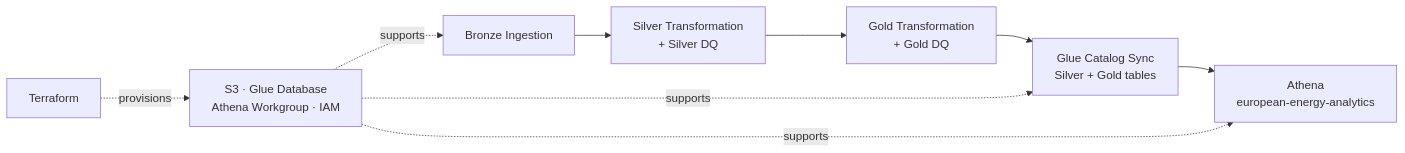
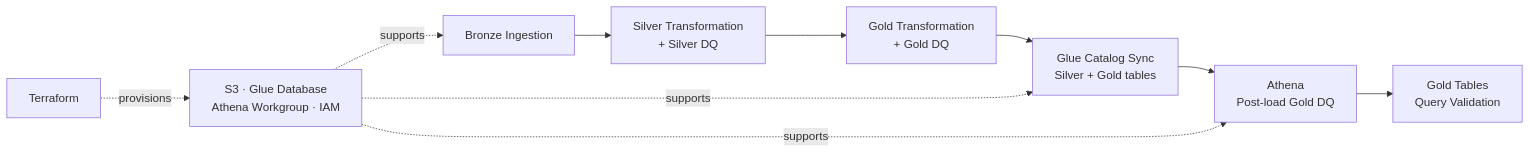
Before and after one commit to georgeballa7/EuropeanEnergyDataAnalytics: the second of 2 diagrams in docs/architecture/architecture.md, drawn with Mermaid. The commit also changed other lines of this file, not shown here.

Commit message:
docs: document post-load Athena validation in docs/architecture/architecture.md

````diff
--- a/docs/architecture/architecture.md
+++ b/docs/architecture/architecture.md
@@ -60,12 +60,13 @@
 ```mermaid
 flowchart LR
     B["Bronze Ingestion"] --> S["Silver Transformation<br/>+ Silver DQ"]
     S --> G["Gold Transformation<br/>+ Gold DQ"]
     G --> C["Glue Catalog Sync<br/>Silver + Gold tables"]
-    C --> A["Athena<br/>european-energy-analytics"]
+    C --> A["Athena<br/>Post-load Gold DQ"]
+    A --> Q["Gold Tables<br/>Query Validation"]
 
     TF["Terraform"] -. provisions .-> AWS["S3 · Glue Database<br/>Athena Workgroup · IAM"]
     AWS -. supports .-> B
     AWS -. supports .-> C
     AWS -. supports .-> A
 ```
````
